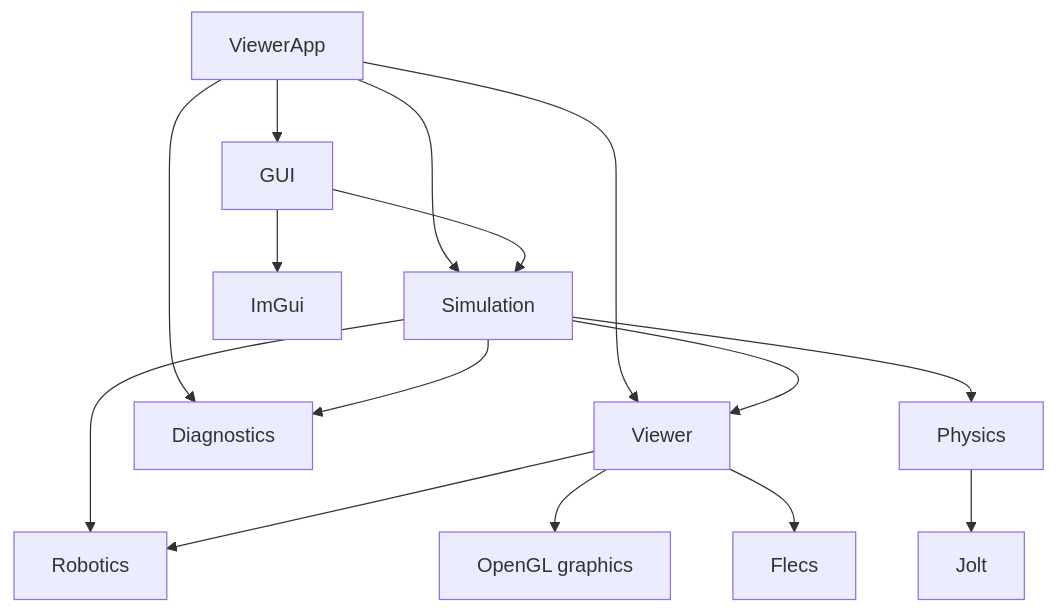
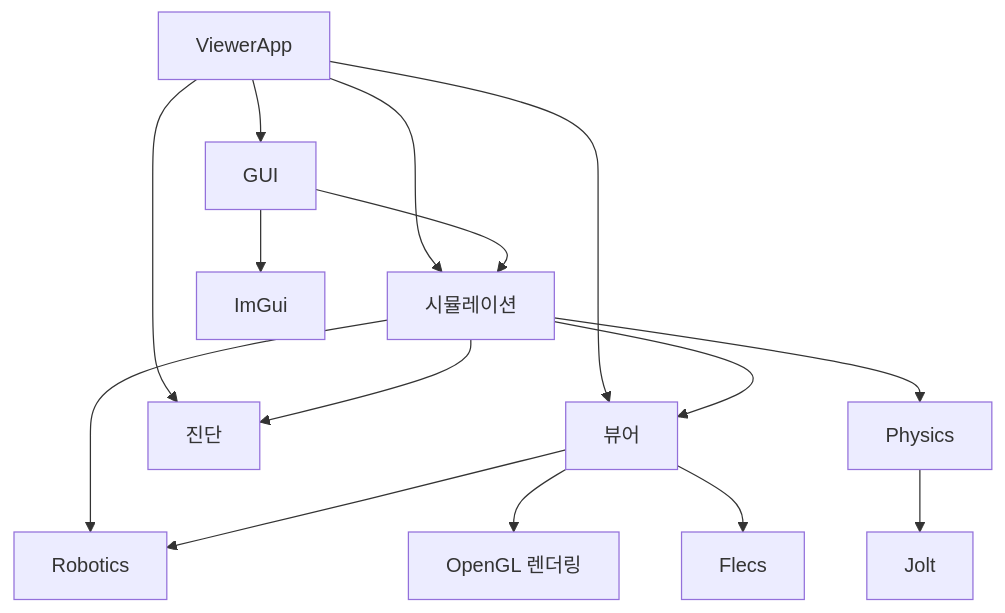
The diagram in docs/ARCHITECTURE.md (cgantro/GraspLink), drawn with Mermaid before and after one commit. The commit also changed other lines of this file and 2 other files, not shown here.

````diff
--- a/docs/ARCHITECTURE.md
+++ b/docs/ARCHITECTURE.md
@@ -19,17 +19,17 @@
 ```mermaid
 flowchart TD
     App[ViewerApp] --> GUI[GUI]
-    App --> Simulation[Simulation]
-    App --> Viewer[Viewer]
-    App --> Diagnostics[Diagnostics]
+    App --> Simulation[시뮬레이션]
+    App --> Viewer[뷰어]
+    App --> Diagnostics[진단]
     GUI --> Simulation
     GUI --> ImGui
     Simulation --> Viewer
     Simulation --> Robotics
     Simulation --> Physics
     Simulation --> Diagnostics
     Viewer --> Robotics
-    Viewer --> Graphics[OpenGL graphics]
+    Viewer --> Graphics[OpenGL 렌더링]
     Viewer --> Flecs
     Physics --> Jolt
 ```
````
